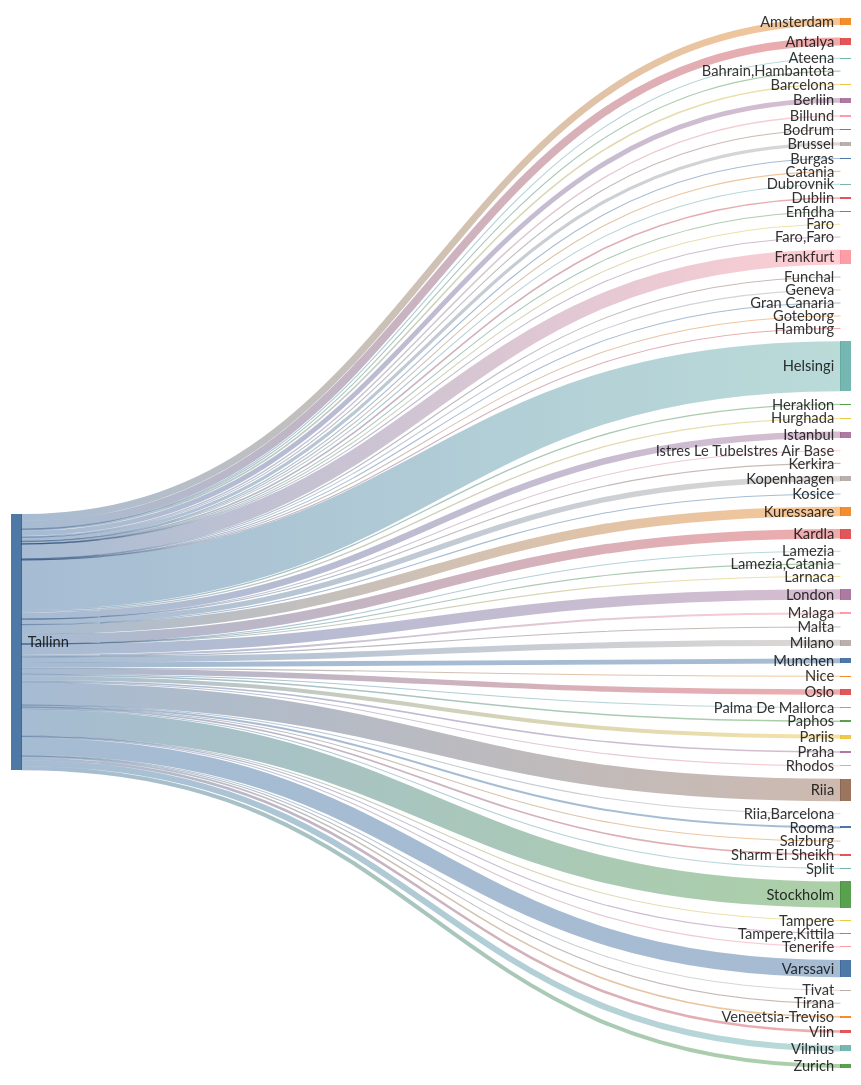
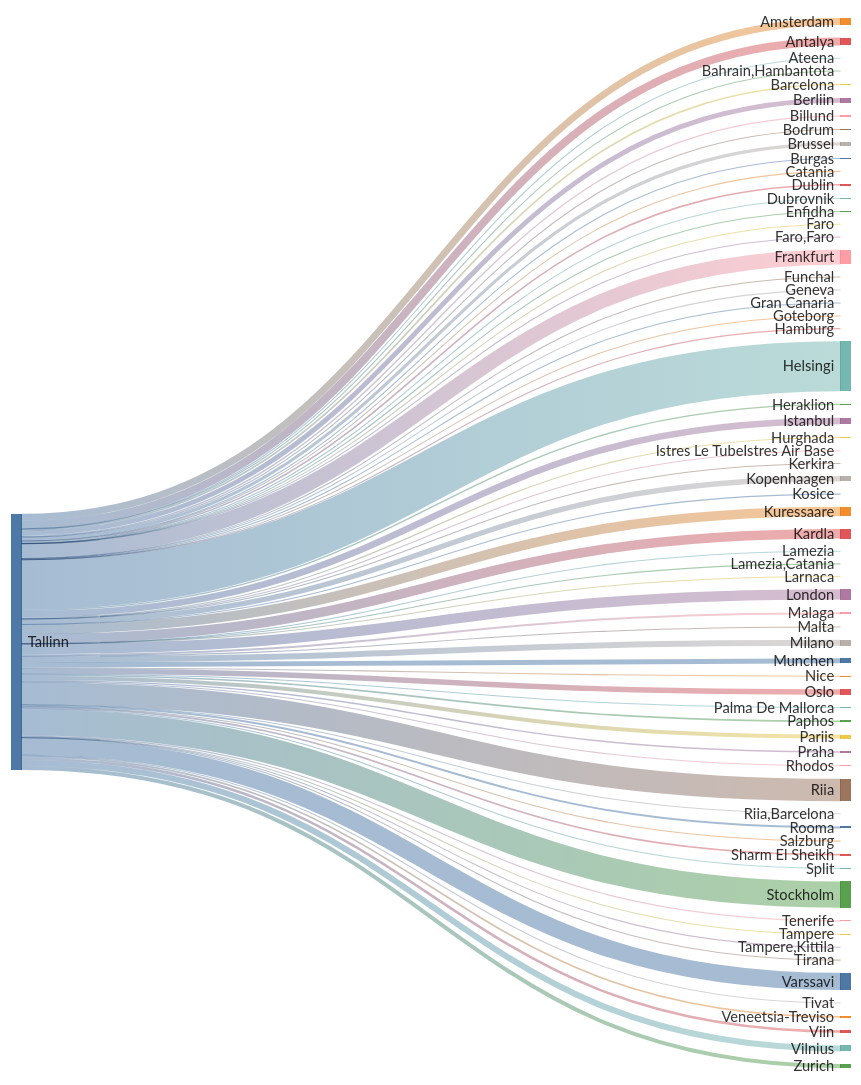
The second of 2 diagrams in README.md (rainermesi/tll-airport-departures), drawn with Mermaid before and after one commit. The commit also changed other lines of this file, not shown here.

````diff
--- a/README.md
+++ b/README.md
@@ -34,77 +34,77 @@
 ```mermaid
 ---
 config:
   sankey:
     showValues: false
     width: 800
     height: 1000
 ---
 sankey-beta
 %% source,target,value
-Tallinn,Amsterdam,232
+Tallinn,Amsterdam,233
 Tallinn,Antalya,265
 Tallinn,Ateena,16
 Tallinn,"Bahrain,Hambantota",1
-Tallinn,Barcelona,53
-Tallinn,Berliin,164
+Tallinn,Barcelona,54
+Tallinn,Berliin,166
 Tallinn,Billund,49
 Tallinn,Bodrum,11
-Tallinn,Brussel,107
+Tallinn,Brussel,108
 Tallinn,Burgas,21
 Tallinn,Catania,2
 Tallinn,Dublin,55
 Tallinn,Dubrovnik,21
 Tallinn,Enfidha,7
 Tallinn,Faro,4
 Tallinn,"Faro,Faro",1
-Tallinn,Frankfurt,500
+Tallinn,Frankfurt,503
 Tallinn,Funchal,5
 Tallinn,Geneva,7
-Tallinn,Gran Canaria,26
+Tallinn,Gran Canaria,27
 Tallinn,Goteborg,1
 Tallinn,Hamburg,1
-Tallinn,Helsingi,1686
+Tallinn,Helsingi,1695
 Tallinn,Heraklion,46
 Tallinn,Hurghada,42
-Tallinn,Istanbul,221
+Tallinn,Istanbul,223
 Tallinn,Istres Le TubeIstres Air Base,2
 Tallinn,Kerkira,4
-Tallinn,Kopenhaagen,182
+Tallinn,Kopenhaagen,183
 Tallinn,Kosice,1
-Tallinn,Kuressaare,326
-Tallinn,Kardla,326
+Tallinn,Kuressaare,327
+Tallinn,Kardla,327
 Tallinn,Lamezia,1
 Tallinn,"Lamezia,Catania",3
 Tallinn,Larnaca,4
-Tallinn,London,350
+Tallinn,London,352
 Tallinn,Malaga,67
 Tallinn,Malta,15
-Tallinn,Milano,201
+Tallinn,Milano,202
 Tallinn,Munchen,165
 Tallinn,Nice,25
-Tallinn,Oslo,184
+Tallinn,Oslo,186
 Tallinn,Palma De Mallorca,19
 Tallinn,Paphos,53
-Tallinn,Pariis,137
+Tallinn,Pariis,138
 Tallinn,Praha,49
 Tallinn,Rhodos,32
-Tallinn,Riia,755
+Tallinn,Riia,759
 Tallinn,"Riia,Barcelona",1
-Tallinn,Rooma,67
+Tallinn,Rooma,68
 Tallinn,Salzburg,8
-Tallinn,Sharm El Sheikh,57
+Tallinn,Sharm El Sheikh,58
 Tallinn,Split,25
-Tallinn,Stockholm,884
+Tallinn,Stockholm,889
 Tallinn,Tampere,17
 Tallinn,"Tampere,Kittila",9
 Tallinn,Tenerife,40
 Tallinn,Tirana,8
 Tallinn,Tivat,26
-Tallinn,Varssavi,582
-Tallinn,Veneetsia-Treviso,54
+Tallinn,Varssavi,585
+Tallinn,Veneetsia-Treviso,55
 Tallinn,Viin,87
-Tallinn,Vilnius,204
-Tallinn,Zurich,136
+Tallinn,Vilnius,205
+Tallinn,Zurich,137
 
 
 ```
````
